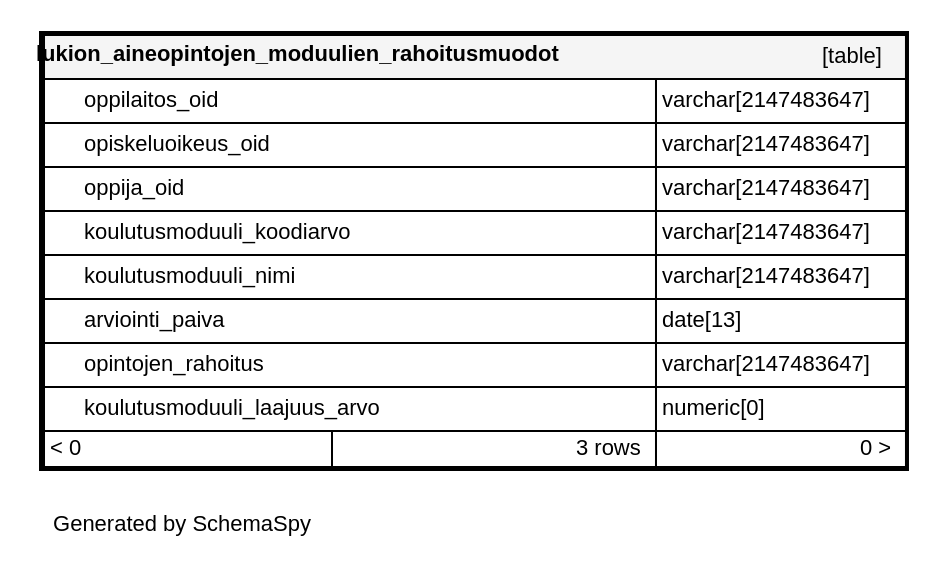
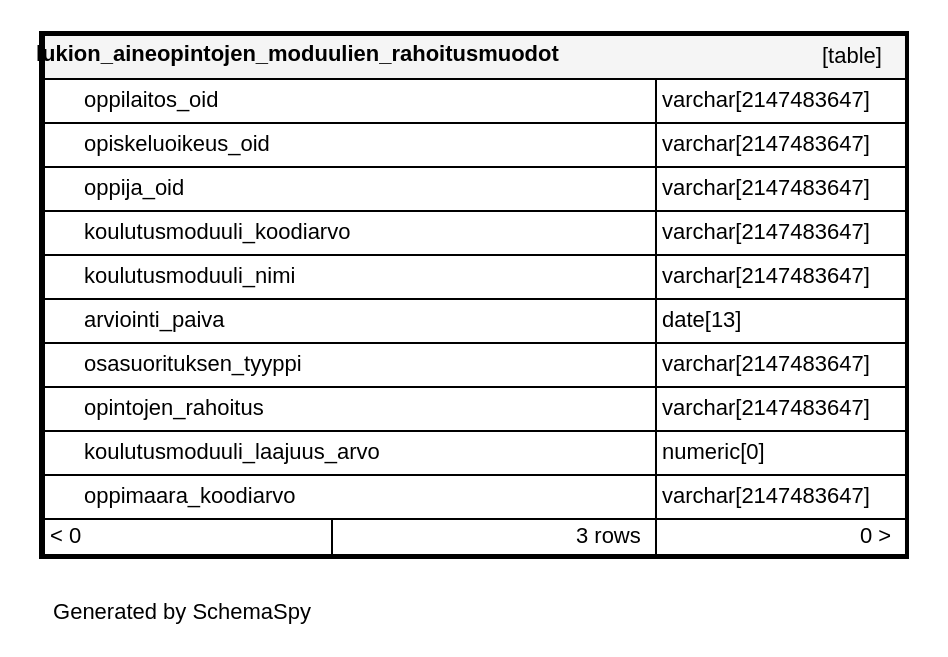
The diagram in documentation/tietokantaskeemat/koski-raportointikanta/diagrams/tables/lukion_aineopintojen_moduulien__90dfe69d.1degree.dot (Opetushallitus/koski), drawn with Graphviz before and after one commit. The commit also changed 84 other files, not shown here.

```diff
--- a/documentation/tietokantaskeemat/koski-raportointikanta/diagrams/tables/lukion_aineopintojen_moduulien__90dfe69d.1degree.dot
+++ b/documentation/tietokantaskeemat/koski-raportointikanta/diagrams/tables/lukion_aineopintojen_moduulien__90dfe69d.1degree.dot
@@ -1,21 +1,23 @@
 digraph "oneDegreeRelationshipsDiagram" {
   graph [    rankdir="RL"    bgcolor="#ffffff"    label="\nGenerated by SchemaSpy"    labeljust="l"    nodesep="0.18"    ranksep="0.46"    fontname="Helvetica"    fontsize="11"    ration="compress"  ];  node [    fontname="Helvetica"    fontsize="11"    shape="plaintext"  ];  edge [    arrowsize="0.8"  ];
   "lukion_aineopintojen_moduulien_rahoitusmuodot" [
    label=<
     <TABLE BORDER="2" CELLBORDER="1" CELLSPACING="0" BGCOLOR="#ffffff">
       <TR><TD COLSPAN="4"  BGCOLOR="#f5f5f5"><TABLE BORDER="0" CELLSPACING="0"><TR><TD ALIGN="LEFT" FIXEDSIZE="TRUE" WIDTH="285" HEIGHT="16"><B>lukion_aineopintojen_moduulien_rahoitusmuodot</B></TD><TD ALIGN="RIGHT">[table]</TD></TR></TABLE></TD></TR>
       <TR><TD PORT="oppilaitos_oid" COLSPAN="2" BGCOLOR="#ffffff" ALIGN="LEFT"><TABLE BORDER="0" CELLSPACING="0" ALIGN="LEFT"><TR ALIGN="LEFT"><TD ALIGN="LEFT" FIXEDSIZE="TRUE" WIDTH="15" HEIGHT="16"></TD><TD ALIGN="LEFT" FIXEDSIZE="TRUE" WIDTH="285" HEIGHT="16">oppilaitos_oid</TD></TR></TABLE></TD><TD PORT="oppilaitos_oid.type" ALIGN="LEFT">varchar[2147483647]</TD></TR>
       <TR><TD PORT="opiskeluoikeus_oid" COLSPAN="2" ALIGN="LEFT"><TABLE BORDER="0" CELLSPACING="0" ALIGN="LEFT"><TR ALIGN="LEFT"><TD ALIGN="LEFT" FIXEDSIZE="TRUE" WIDTH="15" HEIGHT="16"></TD><TD ALIGN="LEFT" FIXEDSIZE="TRUE" WIDTH="285" HEIGHT="16">opiskeluoikeus_oid</TD></TR></TABLE></TD><TD PORT="opiskeluoikeus_oid.type" ALIGN="LEFT">varchar[2147483647]</TD></TR>
       <TR><TD PORT="oppija_oid" COLSPAN="2" ALIGN="LEFT"><TABLE BORDER="0" CELLSPACING="0" ALIGN="LEFT"><TR ALIGN="LEFT"><TD ALIGN="LEFT" FIXEDSIZE="TRUE" WIDTH="15" HEIGHT="16"></TD><TD ALIGN="LEFT" FIXEDSIZE="TRUE" WIDTH="285" HEIGHT="16">oppija_oid</TD></TR></TABLE></TD><TD PORT="oppija_oid.type" ALIGN="LEFT">varchar[2147483647]</TD></TR>
       <TR><TD PORT="koulutusmoduuli_koodiarvo" COLSPAN="2" ALIGN="LEFT"><TABLE BORDER="0" CELLSPACING="0" ALIGN="LEFT"><TR ALIGN="LEFT"><TD ALIGN="LEFT" FIXEDSIZE="TRUE" WIDTH="15" HEIGHT="16"></TD><TD ALIGN="LEFT" FIXEDSIZE="TRUE" WIDTH="285" HEIGHT="16">koulutusmoduuli_koodiarvo</TD></TR></TABLE></TD><TD PORT="koulutusmoduuli_koodiarvo.type" ALIGN="LEFT">varchar[2147483647]</TD></TR>
       <TR><TD PORT="koulutusmoduuli_nimi" COLSPAN="2" ALIGN="LEFT"><TABLE BORDER="0" CELLSPACING="0" ALIGN="LEFT"><TR ALIGN="LEFT"><TD ALIGN="LEFT" FIXEDSIZE="TRUE" WIDTH="15" HEIGHT="16"></TD><TD ALIGN="LEFT" FIXEDSIZE="TRUE" WIDTH="285" HEIGHT="16">koulutusmoduuli_nimi</TD></TR></TABLE></TD><TD PORT="koulutusmoduuli_nimi.type" ALIGN="LEFT">varchar[2147483647]</TD></TR>
       <TR><TD PORT="arviointi_paiva" COLSPAN="2" ALIGN="LEFT"><TABLE BORDER="0" CELLSPACING="0" ALIGN="LEFT"><TR ALIGN="LEFT"><TD ALIGN="LEFT" FIXEDSIZE="TRUE" WIDTH="15" HEIGHT="16"></TD><TD ALIGN="LEFT" FIXEDSIZE="TRUE" WIDTH="285" HEIGHT="16">arviointi_paiva</TD></TR></TABLE></TD><TD PORT="arviointi_paiva.type" ALIGN="LEFT">date[13]</TD></TR>
+      <TR><TD PORT="osasuorituksen_tyyppi" COLSPAN="2" ALIGN="LEFT"><TABLE BORDER="0" CELLSPACING="0" ALIGN="LEFT"><TR ALIGN="LEFT"><TD ALIGN="LEFT" FIXEDSIZE="TRUE" WIDTH="15" HEIGHT="16"></TD><TD ALIGN="LEFT" FIXEDSIZE="TRUE" WIDTH="285" HEIGHT="16">osasuorituksen_tyyppi</TD></TR></TABLE></TD><TD PORT="osasuorituksen_tyyppi.type" ALIGN="LEFT">varchar[2147483647]</TD></TR>
       <TR><TD PORT="opintojen_rahoitus" COLSPAN="2" ALIGN="LEFT"><TABLE BORDER="0" CELLSPACING="0" ALIGN="LEFT"><TR ALIGN="LEFT"><TD ALIGN="LEFT" FIXEDSIZE="TRUE" WIDTH="15" HEIGHT="16"></TD><TD ALIGN="LEFT" FIXEDSIZE="TRUE" WIDTH="285" HEIGHT="16">opintojen_rahoitus</TD></TR></TABLE></TD><TD PORT="opintojen_rahoitus.type" ALIGN="LEFT">varchar[2147483647]</TD></TR>
       <TR><TD PORT="koulutusmoduuli_laajuus_arvo" COLSPAN="2" ALIGN="LEFT"><TABLE BORDER="0" CELLSPACING="0" ALIGN="LEFT"><TR ALIGN="LEFT"><TD ALIGN="LEFT" FIXEDSIZE="TRUE" WIDTH="15" HEIGHT="16"></TD><TD ALIGN="LEFT" FIXEDSIZE="TRUE" WIDTH="285" HEIGHT="16">koulutusmoduuli_laajuus_arvo</TD></TR></TABLE></TD><TD PORT="koulutusmoduuli_laajuus_arvo.type" ALIGN="LEFT">numeric[0]</TD></TR>
+      <TR><TD PORT="oppimaara_koodiarvo" COLSPAN="2" ALIGN="LEFT"><TABLE BORDER="0" CELLSPACING="0" ALIGN="LEFT"><TR ALIGN="LEFT"><TD ALIGN="LEFT" FIXEDSIZE="TRUE" WIDTH="15" HEIGHT="16"></TD><TD ALIGN="LEFT" FIXEDSIZE="TRUE" WIDTH="285" HEIGHT="16">oppimaara_koodiarvo</TD></TR></TABLE></TD><TD PORT="oppimaara_koodiarvo.type" ALIGN="LEFT">varchar[2147483647]</TD></TR>
       <TR><TD ALIGN="LEFT" BGCOLOR="#ffffff">&lt; 0</TD><TD ALIGN="RIGHT" BGCOLOR="#ffffff">3 rows</TD><TD ALIGN="RIGHT" BGCOLOR="#ffffff">0 &gt;</TD></TR>
     </TABLE>>
     URL="../../tables/lukion_aineopintojen_moduulien__90dfe69d.html"
     target="_top"
     tooltip="lukion_aineopintojen_moduulien_rahoitusmuodot"
   ];
 }
```
